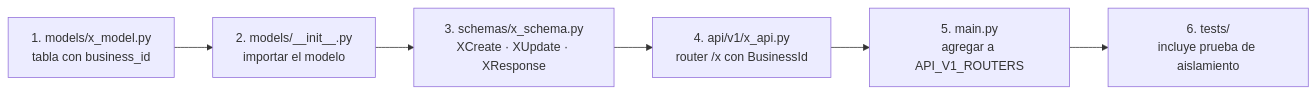
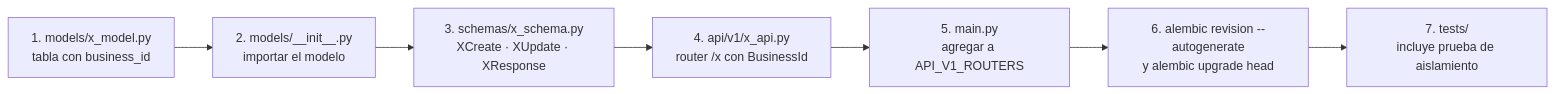
One commit to AGA-Studio/Member-Web changed diagram 11 of 11 in docs/ARCHITECTURE.md. Above: the diagram before and after it, drawn with Mermaid. The commit also changed other lines of this file, not shown here.

Commit message:
docs: reflejar alembic en la arquitectura

````diff
--- a/docs/ARCHITECTURE.md
+++ b/docs/ARCHITECTURE.md
@@ -237,8 +243,9 @@
 ```mermaid
 flowchart LR
     A["1. models/x_model.py<br/>tabla con business_id"] --> B["2. models/__init__.py<br/>importar el modelo"]
     B --> C["3. schemas/x_schema.py<br/>XCreate · XUpdate · XResponse"]
     C --> D["4. api/v1/x_api.py<br/>router /x con BusinessId"]
     D --> E["5. main.py<br/>agregar a API_V1_ROUTERS"]
-    E --> F["6. tests/<br/>incluye prueba de aislamiento"]
+    E --> MG["6. alembic revision --autogenerate<br/>y alembic upgrade head"]
+    MG --> F["7. tests/<br/>incluye prueba de aislamiento"]
 ```
````
